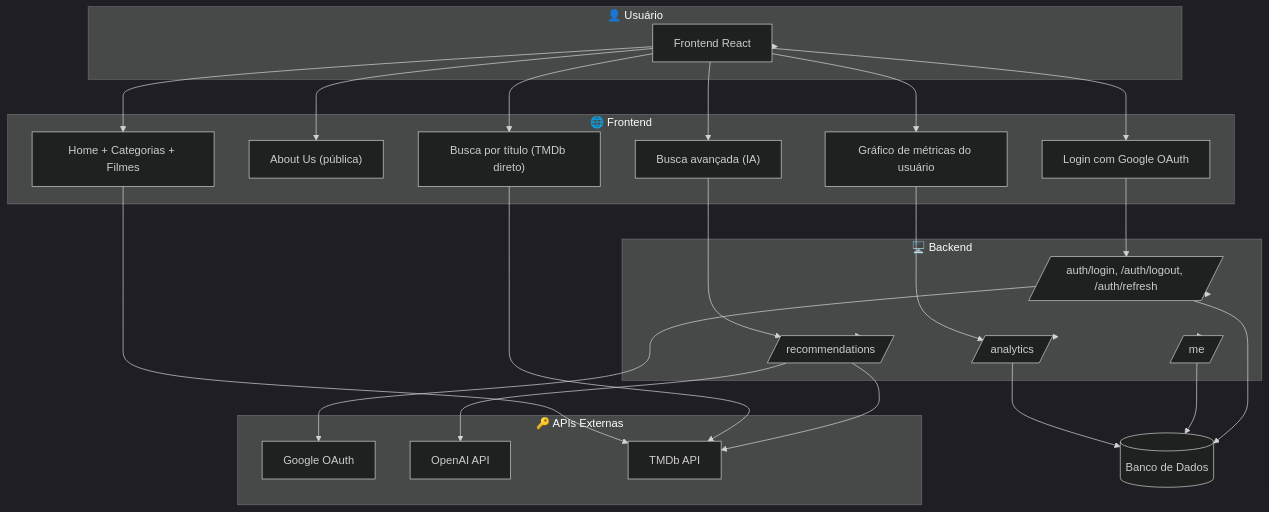
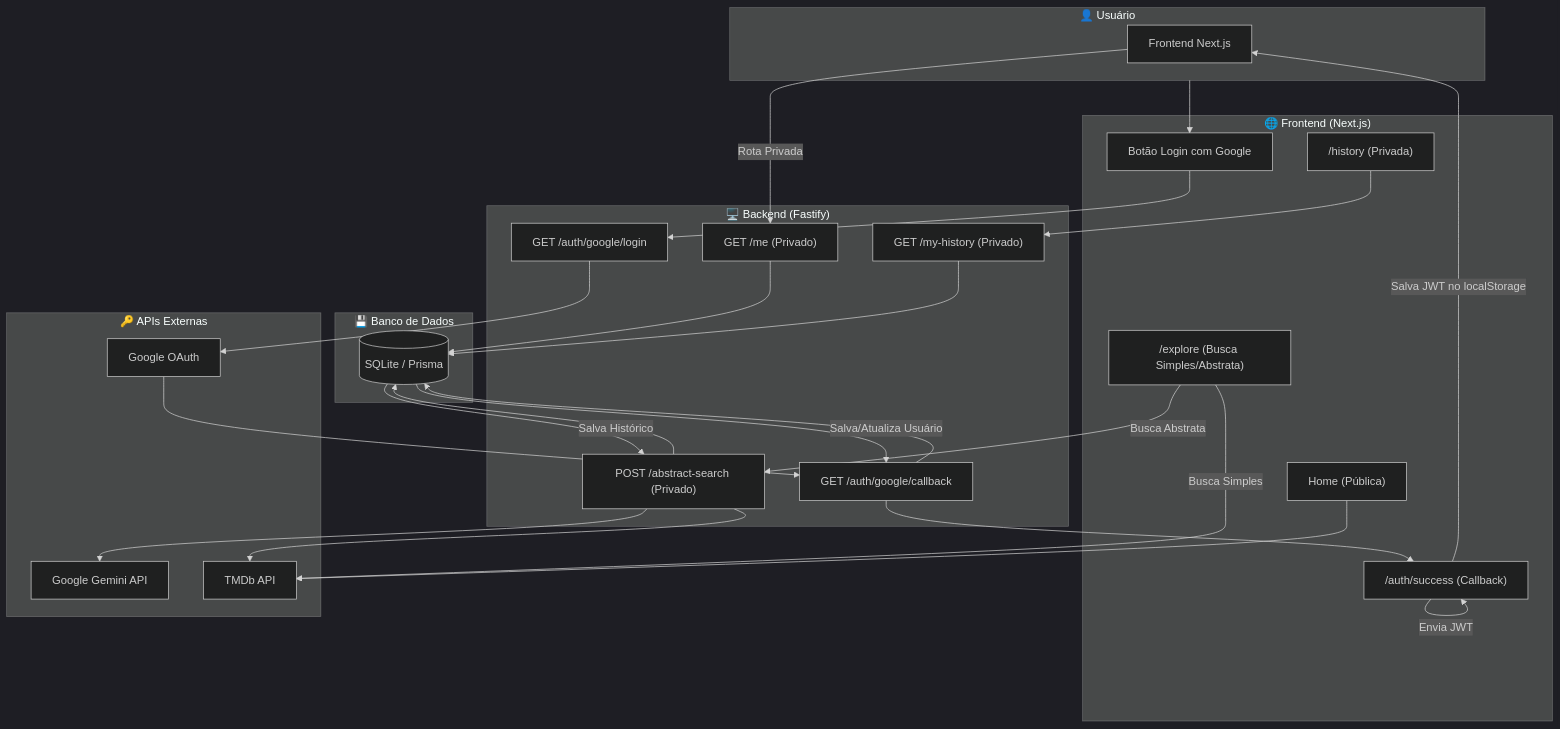
The diagram in README.md (SantosVicente/MovieMind), drawn with Mermaid (dark theme) before and after one commit. The commit also changed other lines of this file, not shown here.

Commit message:
Revise README.md for project details and tech stack
Updated project description and technologies used in README.md to reflect changes in the tech stack and features.

````diff
--- a/README.md
+++ b/README.md
@@ -54,58 +58,56 @@
 ```mermaid
 flowchart TD
 
   subgraph User["👤 Usuário"]
-    UI[Frontend React]
+    UI[Frontend Next.js]
   end
 
-  subgraph Frontend["🌐 Frontend"]
-    Login[Login com Google OAuth]
-    About["About Us (pública)"]
-    Home["Home + Categorias + Filmes"]
-    Search["Busca por título (TMDb direto)"]
-    SearchAI["Busca avançada (IA)"]
-    Analytics["Gráfico de métricas do usuário"]
+  subgraph Frontend["🌐 Frontend (Next.js)"]
+    LoginBtn["Botão Login com Google"]
+    Home["Home (Pública)"]
+    SearchPage["/explore (Busca Simples/Abstrata)"]
+    HistoryPage["/history (Privada)"]
+    Callback["/auth/success (Callback)"]
   end
 
-  subgraph Backend["🖥️ Backend"]
-    Auth[/auth/login, /auth/logout, /auth/refresh/]
-    Me[/me/]
-    Recommend[/recommendations/]
-    Metrics[/analytics/]
+  subgraph Backend["🖥️ Backend (Fastify)"]
+    AuthLogin["GET /auth/google/login"]
+    AuthCallback["GET /auth/google/callback"]
+    Me["GET /me (Privado)"]
+    AbstractSearch["POST /abstract-search (Privado)"]
+    MyHistory["GET /my-history (Privado)"]
   end
 
   subgraph APIs["🔑 APIs Externas"]
     Google[Google OAuth]
-    OpenAI[OpenAI API]
+    Gemini[Google Gemini API]
     TMDb[TMDb API]
   end
 
-  User --> UI
-  UI --> Login
-  UI --> About
-  UI --> Home
-  UI --> Search
-  UI --> SearchAI
-  UI --> Analytics
+  subgraph Database["💾 Banco de Dados"]
+    DB[(SQLite / Prisma)]
+  end
 
-  %% Ajustes pedidos
-  Login --> Auth
+  %% Fluxo de Autenticação
+  User --> LoginBtn
+  LoginBtn --> AuthLogin
+  AuthLogin --> Google
+  Google --> AuthCallback
+  AuthCallback --> DB -- Salva/Atualiza Usuário --> AuthCallback
+  AuthCallback --> Callback -- Envia JWT --> Callback
+  Callback -- Salva JWT no localStorage --> UI
+  
+  %% Fluxo de Dados
+  UI -- Rota Privada --> Me
+  Me --> DB
+  
+  SearchPage -- Busca Simples --> TMDb
+  SearchPage -- Busca Abstrata --> AbstractSearch
+  AbstractSearch --> Gemini
+  AbstractSearch --> TMDb
+  AbstractSearch --> DB -- Salva Histórico --> AbstractSearch
+  
+  HistoryPage --> MyHistory
+  MyHistory --> DB
   Home --> TMDb
-  Analytics --> Metrics
-
-  Search --> TMDb
-  SearchAI --> Recommend
-
-  Backend --> Auth
-  Backend --> Me
-  Backend --> Recommend
-  Backend --> Metrics
-
-  Auth --> Google
-  Recommend --> OpenAI
-  Recommend --> TMDb
-  Metrics --> DB[(Banco de Dados)]
-
-  Me --> DB
-  Auth --> DB
 ```
````
